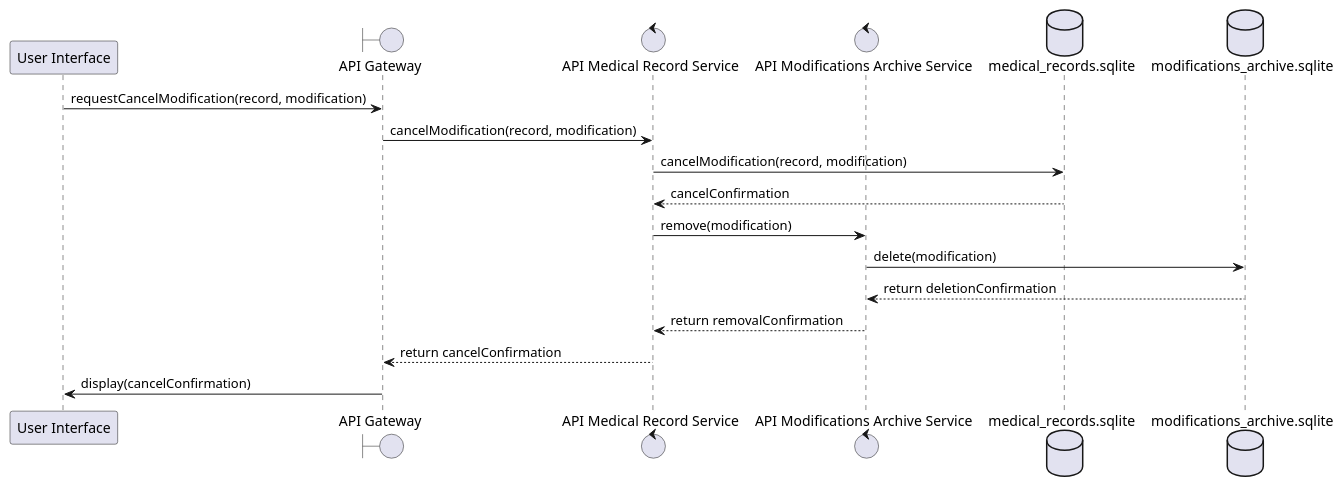
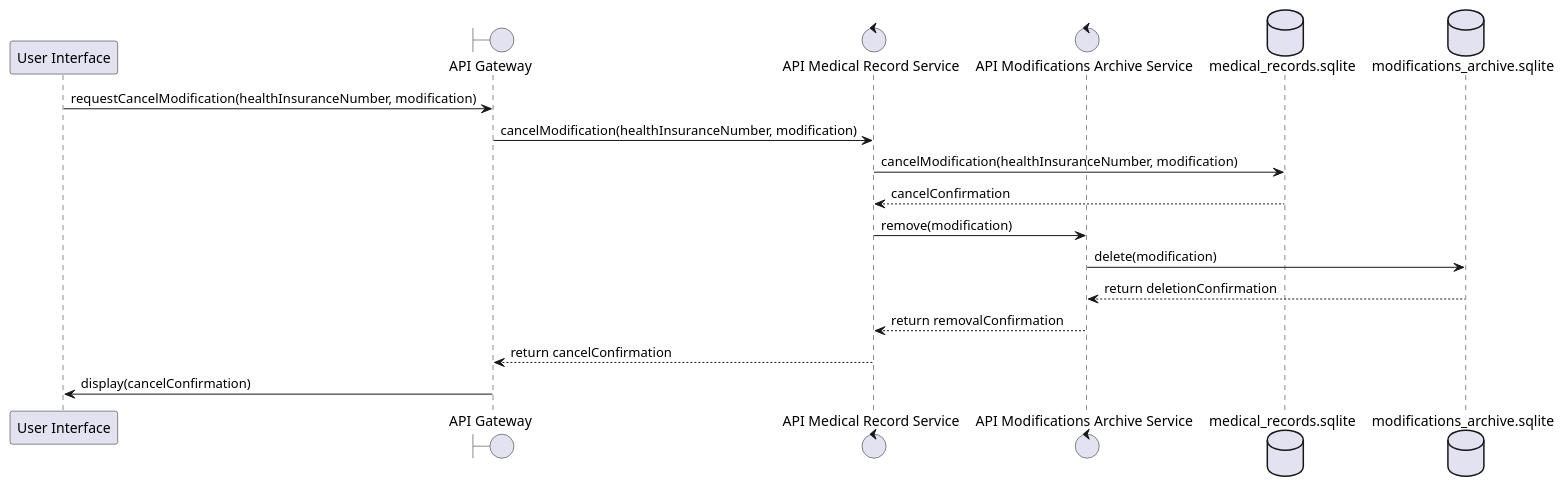
One commit to CyberFery/med changed diagram 12 of 14 in _models/SequenceDiagrams/sequence.puml. Above: the diagram before and after it, drawn with PlantUML. The commit also changed other lines of this file, not shown here.

```diff
--- a/_models/SequenceDiagrams/sequence.puml
+++ b/_models/SequenceDiagrams/sequence.puml
@@ -248,24 +249,24 @@
 @startuml
 participant "User Interface" as UI
 boundary "API Gateway" as Gateway
 control "API Medical Record Service" as RecordService
 control "API Modifications Archive Service" as ArchiveService
 database "medical_records.sqlite" as MedicalDB
 database "modifications_archive.sqlite" as ModDB
 
 
-UI -> Gateway: requestCancelModification(record, modification)
+UI -> Gateway: requestCancelModification(healthInsuranceNumber, modification)
 
 
-Gateway -> RecordService: cancelModification(record, modification)
-RecordService -> MedicalDB: cancelModification(record, modification)
+Gateway -> RecordService: cancelModification(healthInsuranceNumber, modification)
+RecordService -> MedicalDB: cancelModification(healthInsuranceNumber, modification)
 MedicalDB --> RecordService: cancelConfirmation
 
 RecordService -> ArchiveService: remove(modification)
 ArchiveService -> ModDB: delete(modification)
 ModDB --> ArchiveService: return deletionConfirmation
 ArchiveService --> RecordService: return removalConfirmation
 RecordService --> Gateway: return cancelConfirmation
 
 Gateway -> UI: display(cancelConfirmation)
 @enduml
```
